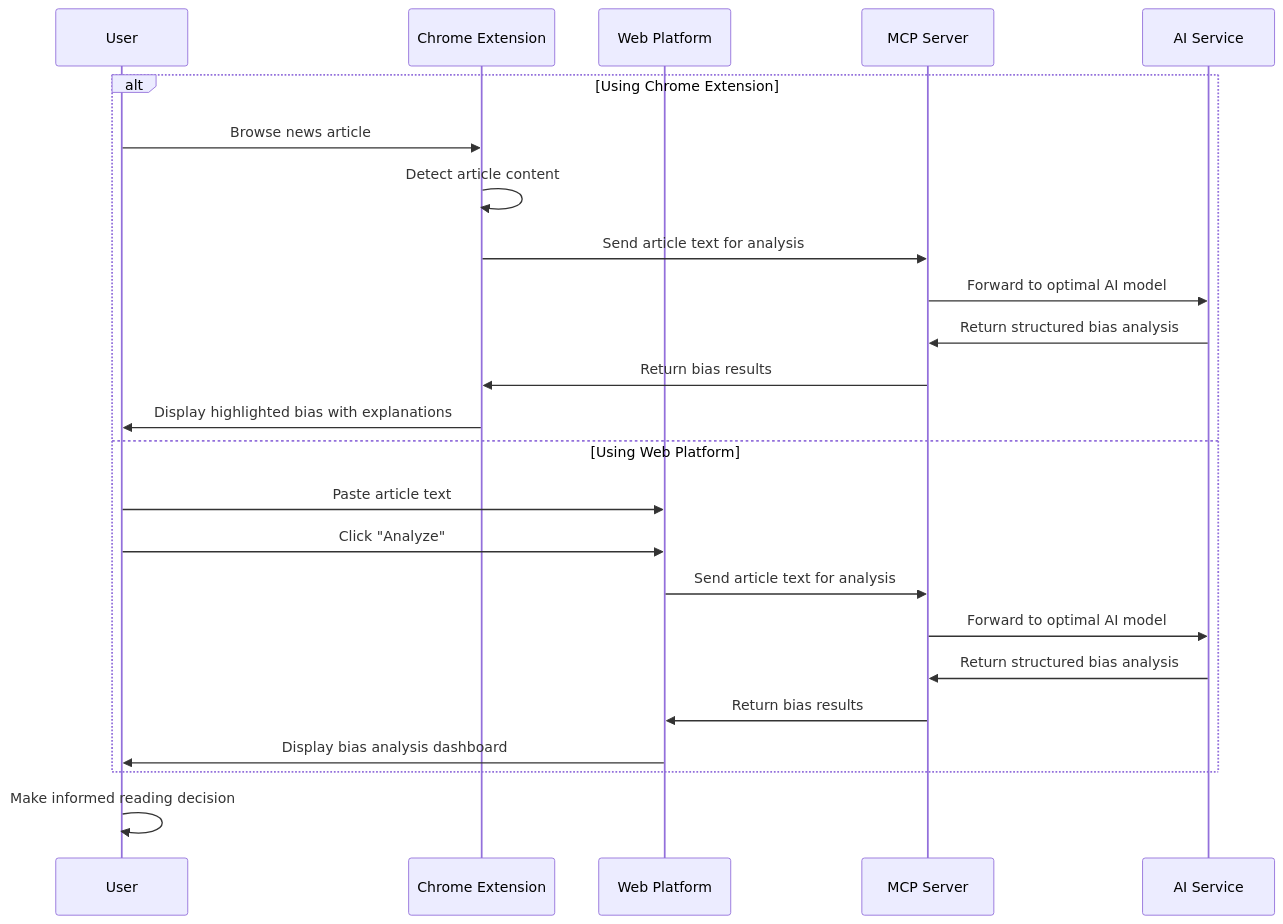
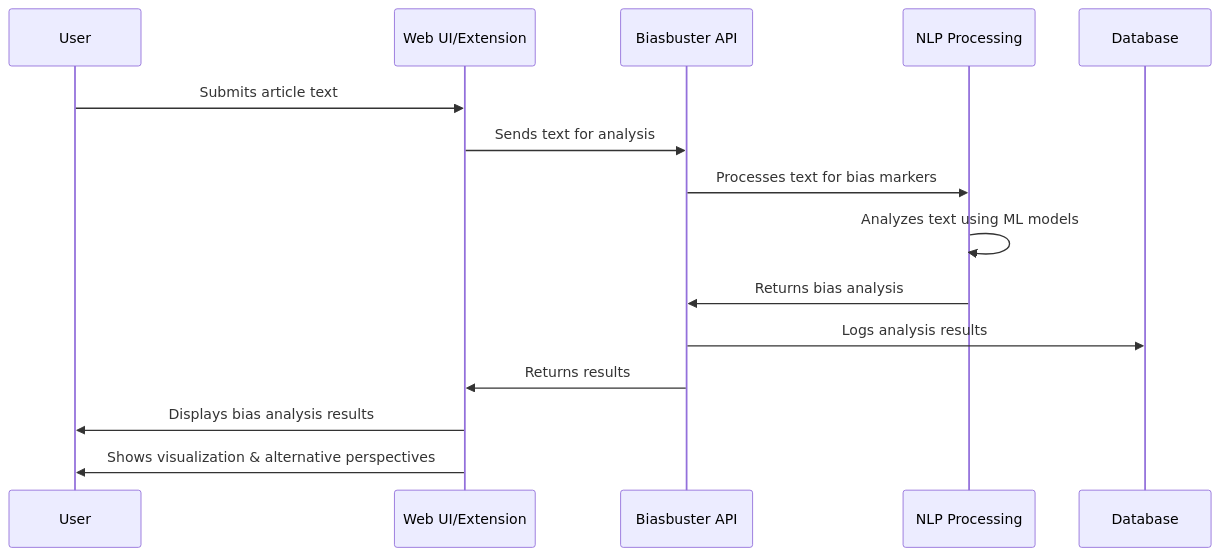
One commit to amarzeus/Biasbuster changed the second of 5 diagrams in FLOWCHART.md. Above: the diagram before and after it, drawn with Mermaid. The commit also changed other lines of this file and 45 other files, not shown here.

````diff
--- a/FLOWCHART.md
+++ b/FLOWCHART.md
@@ -41,28 +45,18 @@
 ```mermaid
 sequenceDiagram
     participant User
-    participant Extension as Chrome Extension
-    participant Web as Web Platform
-    participant MCP as MCP Server
-    participant AI as AI Service
-
-    alt Using Chrome Extension
-        User->>Extension: Browse news article
-        Extension->>Extension: Detect article content
-        Extension->>MCP: Send article text for analysis
-        MCP->>AI: Forward to optimal AI model
-        AI->>MCP: Return structured bias analysis
-        MCP->>Extension: Return bias results
-        Extension->>User: Display highlighted bias with explanations
-    else Using Web Platform
-        User->>Web: Paste article text
-        User->>Web: Click "Analyze"
-        Web->>MCP: Send article text for analysis
-        MCP->>AI: Forward to optimal AI model
-        AI->>MCP: Return structured bias analysis
-        MCP->>Web: Return bias results
-        Web->>User: Display bias analysis dashboard
-    end
+    participant UI as Web UI/Extension
+    participant API as Biasbuster API
+    participant NLP as NLP Processing
+    participant DB as Database
     
-    User->>User: Make informed reading decision
+    User->>UI: Submits article text
+    UI->>API: Sends text for analysis
+    API->>NLP: Processes text for bias markers
+    NLP->>NLP: Analyzes text using ML models
+    NLP->>API: Returns bias analysis
+    API->>DB: Logs analysis results
+    API->>UI: Returns results
+    UI->>User: Displays bias analysis results
+    UI->>User: Shows visualization & alternative perspectives
 ```
````
